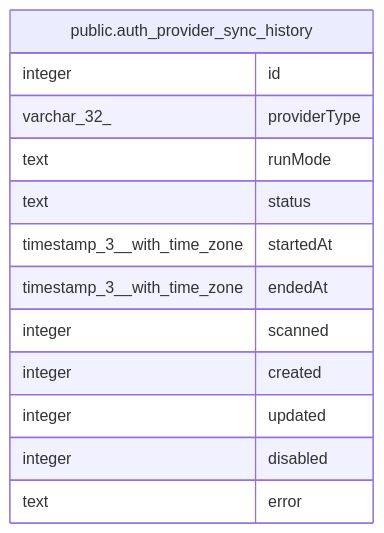
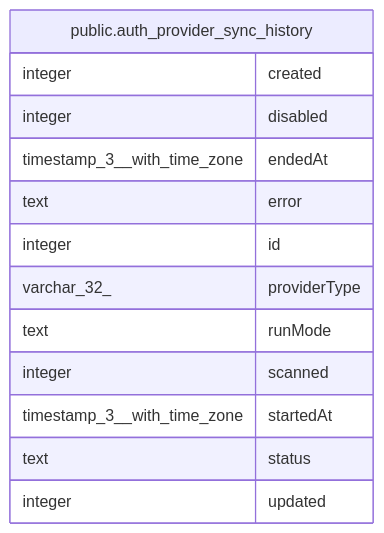
One commit to mayankjain1815-commits/n8n changed the diagram in docs/generated/postgres-schema/public.auth_provider_sync_history.md. Above: the diagram before and after it, drawn with Mermaid. The commit also changed other lines of this file and 221 other files, not shown here.

Commit message:
chore(core): Make DB schema docs generation deterministic (#32373)

````diff
--- a/docs/generated/postgres-schema/public.auth_provider_sync_history.md
+++ b/docs/generated/postgres-schema/public.auth_provider_sync_history.md
@@ -43,18 +43,18 @@
 ```mermaid
 erDiagram
 
 
 "public.auth_provider_sync_history" {
+  integer created
+  integer disabled
+  timestamp_3__with_time_zone endedAt
+  text error
   integer id
   varchar_32_ providerType
   text runMode
+  integer scanned
+  timestamp_3__with_time_zone startedAt
   text status
-  timestamp_3__with_time_zone startedAt
-  timestamp_3__with_time_zone endedAt
-  integer scanned
-  integer created
   integer updated
-  integer disabled
-  text error
 }
 ```
````
